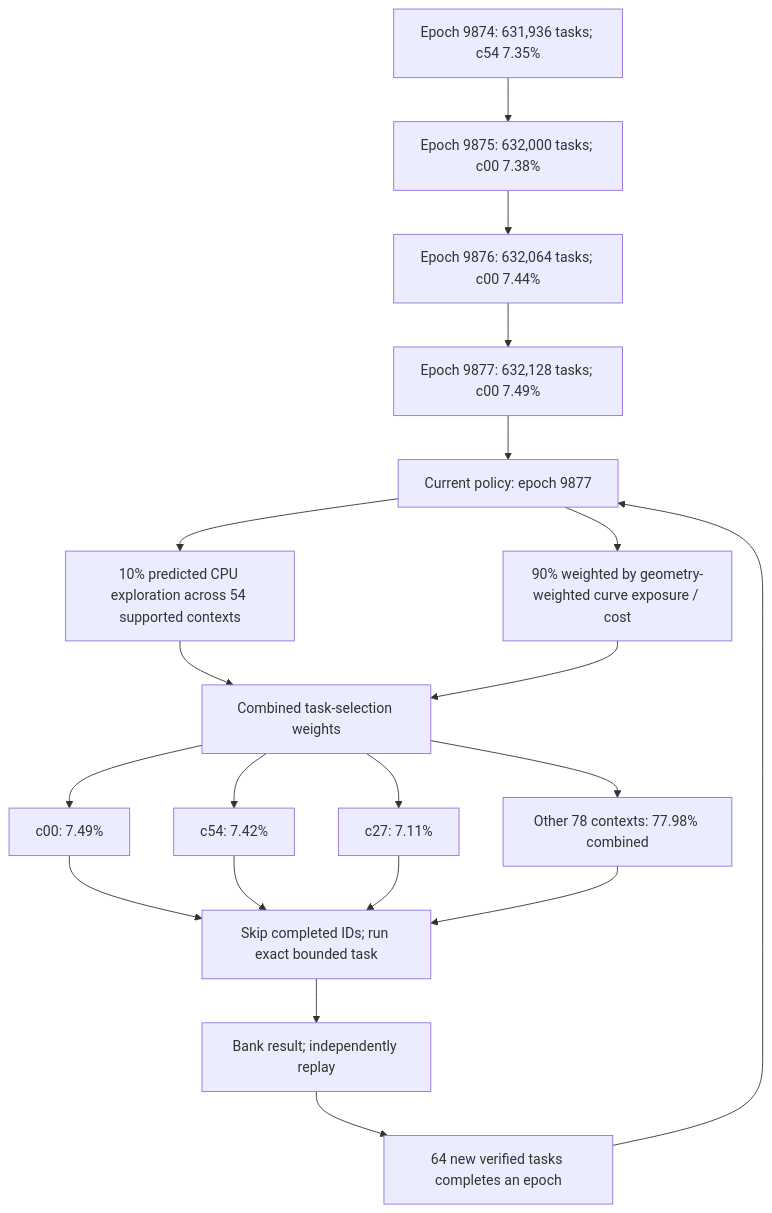
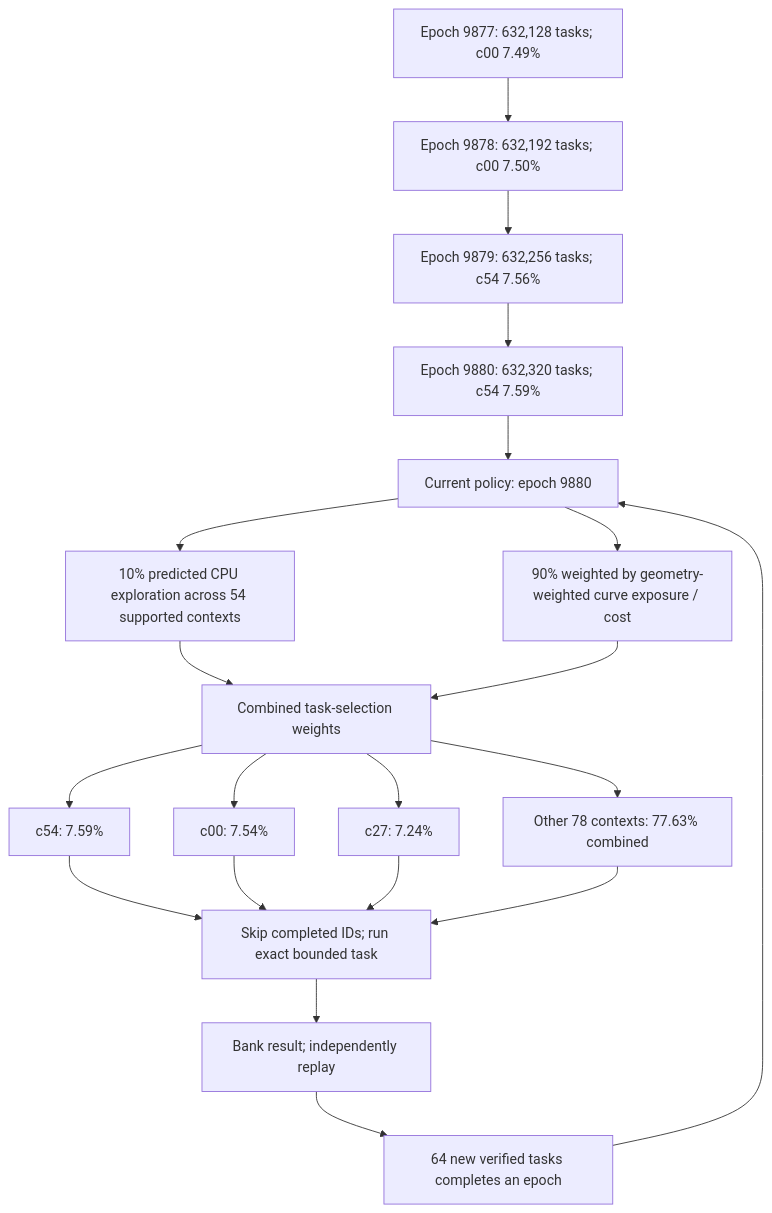
Before and after one commit to Kuberwastaken/math-gambling: the first of 4 diagrams in README.md, drawn with Mermaid. The commit also changed other lines of this file and 485 other files, not shown here.

````diff
--- a/README.md
+++ b/README.md
@@ -60,27 +60,27 @@
 ```mermaid
 flowchart TD
-    H0["Epoch 9874: 631,936 tasks; c54 7.35%"]
-    H1["Epoch 9875: 632,000 tasks; c00 7.38%"]
+    H0["Epoch 9877: 632,128 tasks; c00 7.49%"]
+    H1["Epoch 9878: 632,192 tasks; c00 7.50%"]
     H0 --> H1
-    H2["Epoch 9876: 632,064 tasks; c00 7.44%"]
+    H2["Epoch 9879: 632,256 tasks; c54 7.56%"]
     H1 --> H2
-    H3["Epoch 9877: 632,128 tasks; c00 7.49%"]
+    H3["Epoch 9880: 632,320 tasks; c54 7.59%"]
     H2 --> H3
-    Policy["Current policy: epoch 9877"]
+    Policy["Current policy: epoch 9880"]
     H3 --> Policy
     Policy --> Explore["10% predicted CPU exploration across 54 supported contexts"]
     Policy --> Cost["90% weighted by geometry-weighted curve exposure / cost"]
     Explore --> Mix["Combined task-selection weights"]
     Cost --> Mix
-    Mix --> C0["c00: 7.49%"]
-    Mix --> C1["c54: 7.42%"]
-    Mix --> C2["c27: 7.11%"]
-    Mix --> Rest["Other 78 contexts: 77.98% combined"]
+    Mix --> C0["c54: 7.59%"]
+    Mix --> C1["c00: 7.54%"]
+    Mix --> C2["c27: 7.24%"]
+    Mix --> Rest["Other 78 contexts: 77.63% combined"]
     C0 --> Check["Skip completed IDs; run exact bounded task"]
     C1 --> Check
     C2 --> Check
     Rest --> Check
     Check --> Replay["Bank result; independently replay"]
     Replay --> Gate["64 new verified tasks completes an epoch"]
     Gate --> Policy
 ```
````
